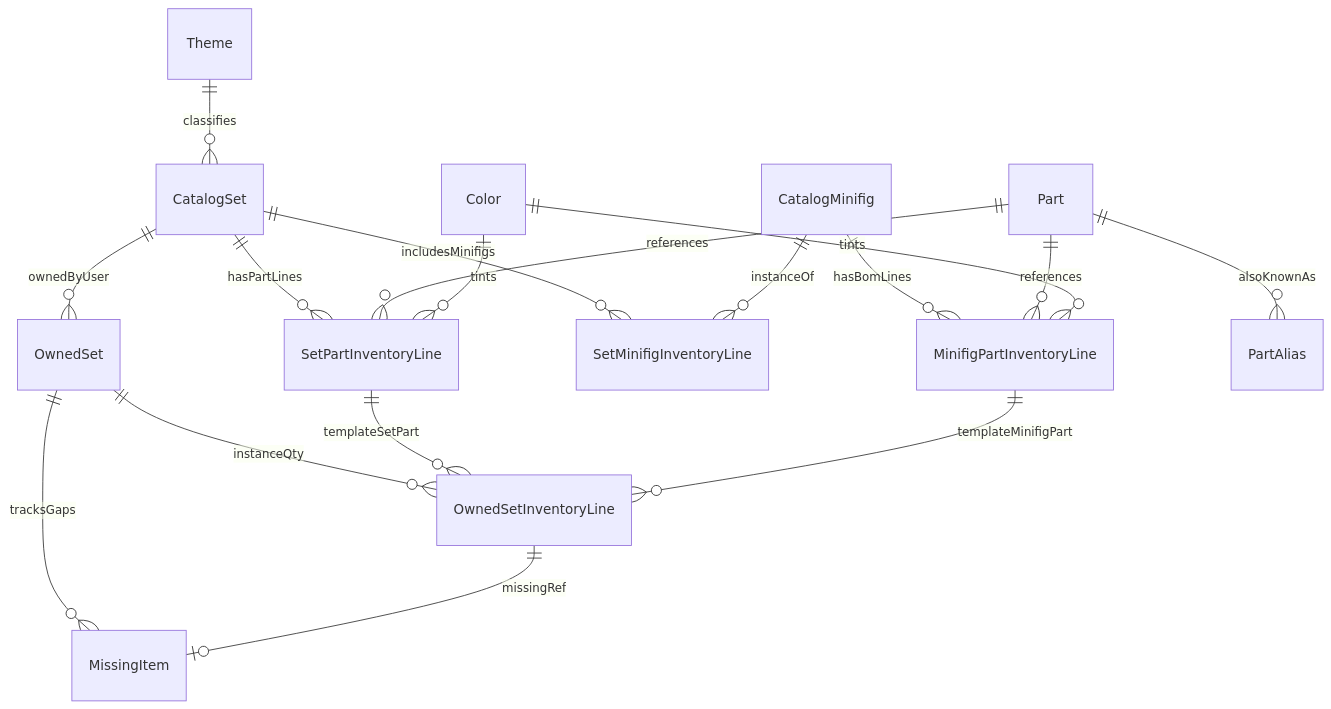
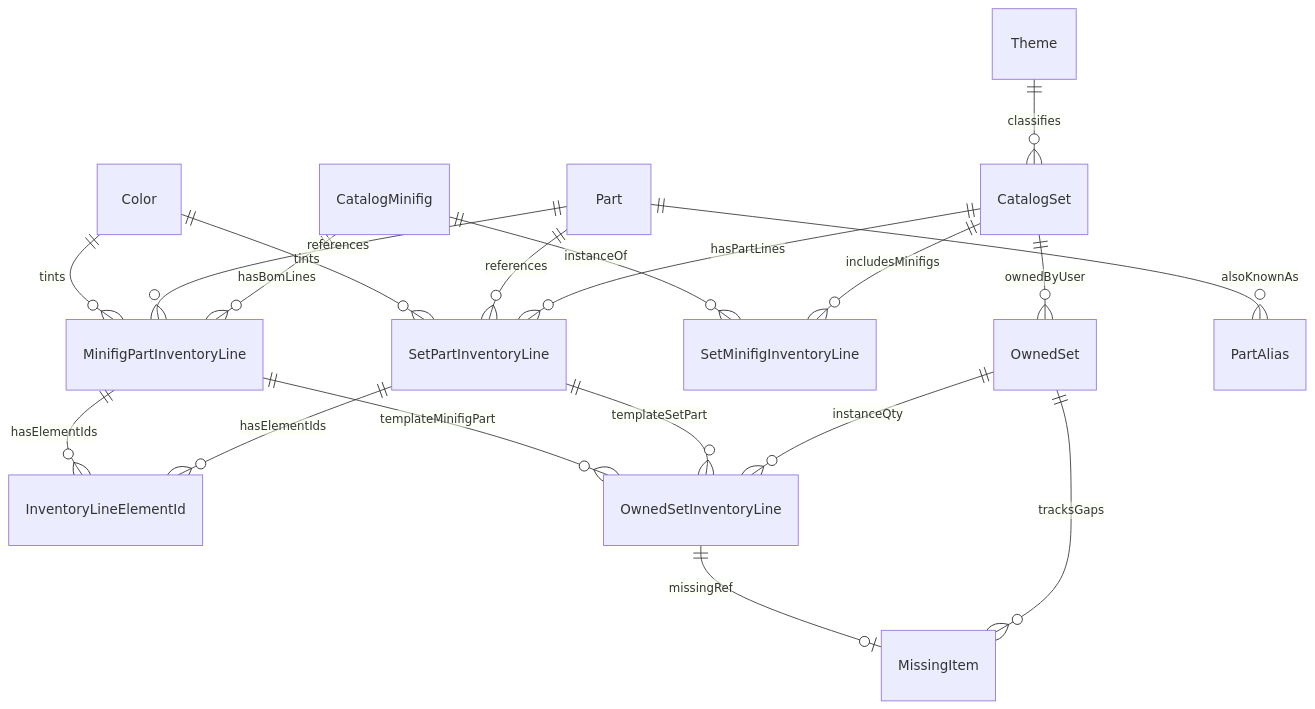
The diagram in docs/database-schema.md (mostafavi12/lego-collection-manager), drawn with Mermaid before and after one commit. The commit also changed other lines of this file and 30 other files, not shown here.

````diff
--- a/docs/database-schema.md
+++ b/docs/database-schema.md
@@ -28,19 +28,21 @@
 ```mermaid
 erDiagram
   Theme ||--o{ CatalogSet : classifies
   CatalogSet ||--o{ OwnedSet : ownedByUser
   CatalogSet ||--o{ SetPartInventoryLine : hasPartLines
   Part ||--o{ SetPartInventoryLine : references
   Color ||--o{ SetPartInventoryLine : tints
+  SetPartInventoryLine ||--o{ InventoryLineElementId : hasElementIds
   CatalogSet ||--o{ SetMinifigInventoryLine : includesMinifigs
   CatalogMinifig ||--o{ SetMinifigInventoryLine : instanceOf
   CatalogMinifig ||--o{ MinifigPartInventoryLine : hasBomLines
   Part ||--o{ MinifigPartInventoryLine : references
   Color ||--o{ MinifigPartInventoryLine : tints
+  MinifigPartInventoryLine ||--o{ InventoryLineElementId : hasElementIds
   Part ||--o{ PartAlias : alsoKnownAs
   OwnedSet ||--o{ OwnedSetInventoryLine : instanceQty
   OwnedSet ||--o{ MissingItem : tracksGaps
   SetPartInventoryLine ||--o{ OwnedSetInventoryLine : templateSetPart
   MinifigPartInventoryLine ||--o{ OwnedSetInventoryLine : templateMinifigPart
   OwnedSetInventoryLine ||--o| MissingItem : missingRef
 ```
````
